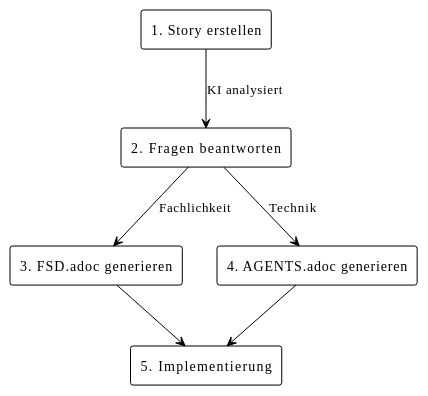
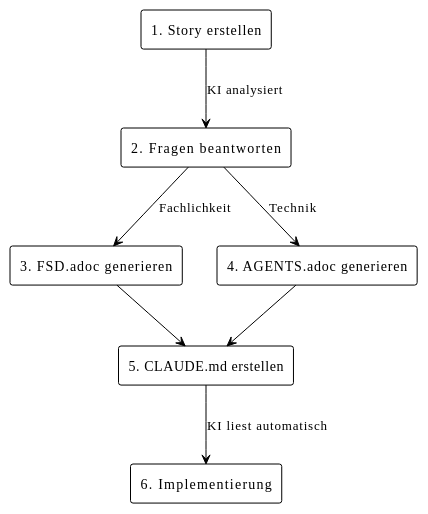
Before and after one commit to htl-leonding-college/fragenkatalog: the diagram in asciidocs/docs/agentic-programming.adoc, drawn with PlantUML. The commit also changed other lines of this file, not shown here.

Commit message:
add section comparing AsciiDoc and Markdown, and clarify usage of CLAUDE.md as entry point for Claude Code (v007)

```diff
--- a/asciidocs/docs/agentic-programming.adoc
+++ b/asciidocs/docs/agentic-programming.adoc
@@ -92,19 +140,21 @@
 [plantuml]
 ----
 @startuml
 !theme plain
 skinparam backgroundColor transparent
 
 rectangle "1. Story erstellen" as S
 rectangle "2. Fragen beantworten" as F
 rectangle "3. FSD.adoc generieren" as FSD
 rectangle "4. AGENTS.adoc generieren" as A
-rectangle "5. Implementierung" as I
+rectangle "5. CLAUDE.md erstellen" as C
+rectangle "6. Implementierung" as I
 
 S --> F : KI analysiert
 F --> FSD : Fachlichkeit
 F --> A : Technik
-FSD --> I
-A --> I
+FSD --> C
+A --> C
+C --> I : KI liest automatisch
 @enduml
 ----
```
